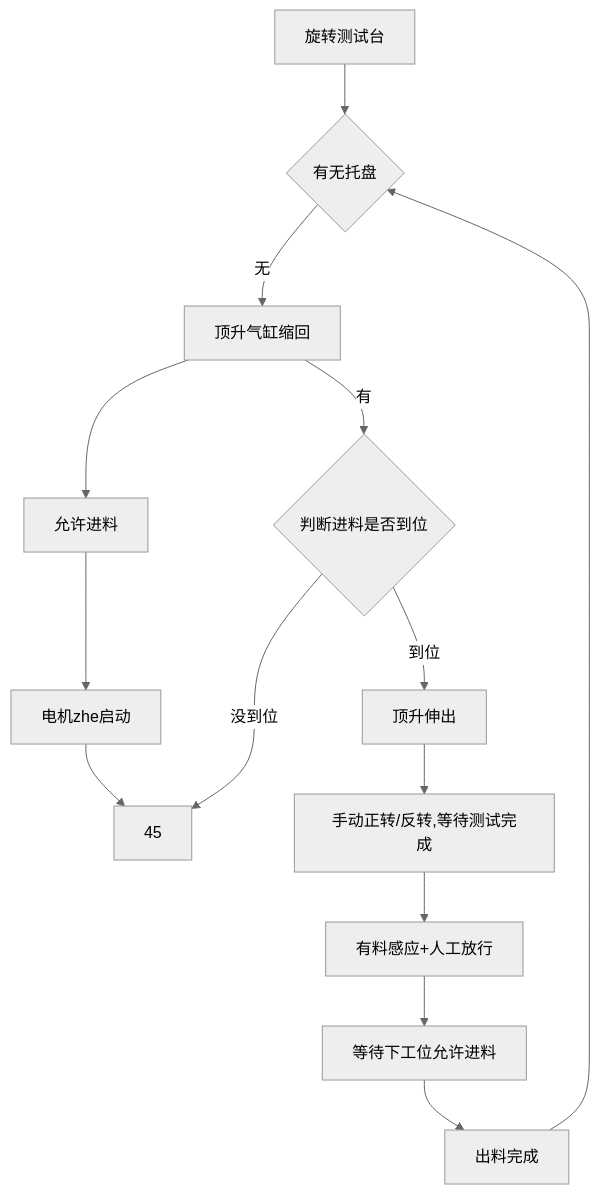
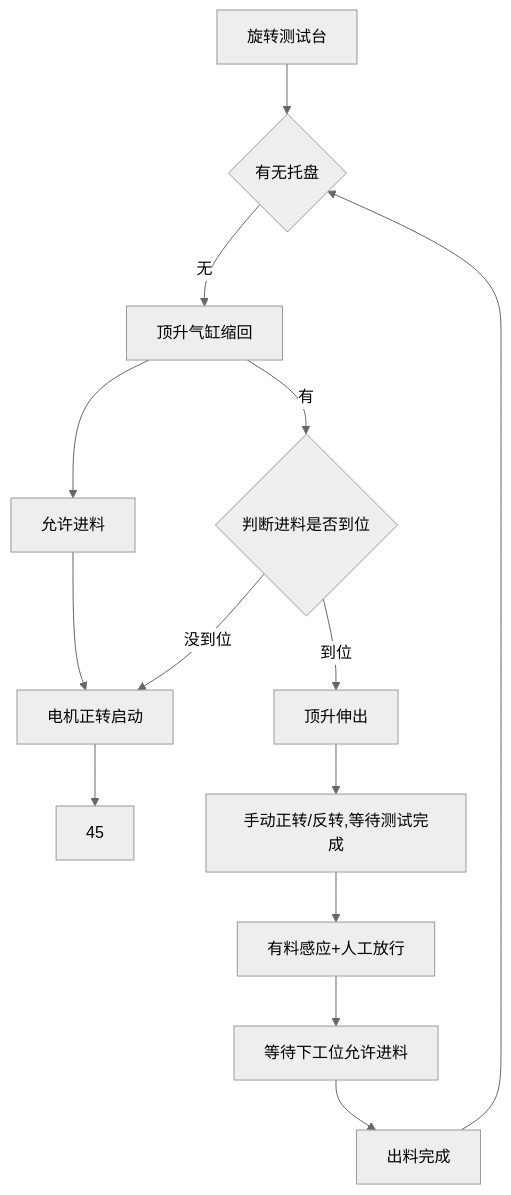
The diagram in all/旋转测试台.md (PengKun1/iodraw-files), drawn with Mermaid (neutral theme) before and after one commit.

Commit message:
2024-12-23 16:43:23 update

````diff
--- a/all/旋转测试台.md
+++ b/all/旋转测试台.md
@@ -1,16 +1,16 @@
 ```mermaid
 graph TD
 0[旋转测试台]-->10
 10{有无托盘}-->|无|20
 20-->|有|50
 20[顶升气缸缩回]-->30
 30[允许进料]-->40
-40[电机zhe启动]-->45
+40[电机正转启动]-->45
 50{判断进料是否到位}-->|到位|60 
-50-->|没到位|45
+50-->|没到位|40
 60[顶升伸出]-->70
 70[手动正转/反转,等待测试完成]-->80
 80[有料感应+人工放行]-->90
 90[等待下工位允许进料]-->100
 100[出料完成]-->10
 ```
````
